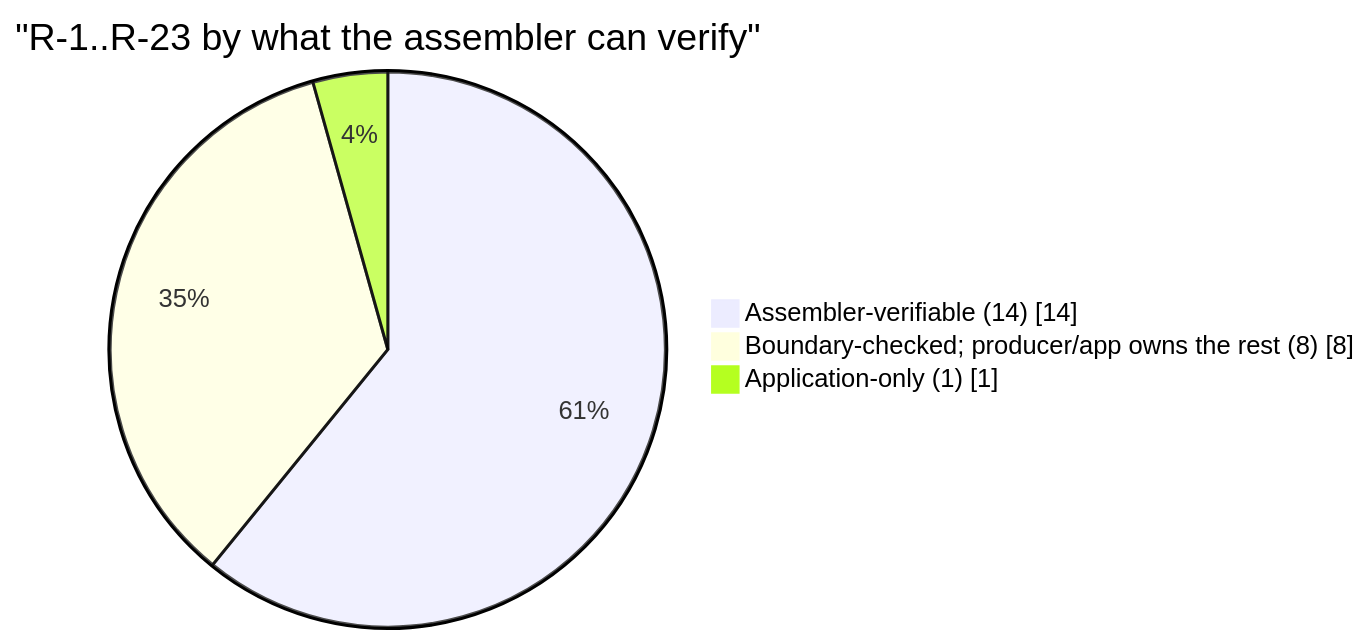
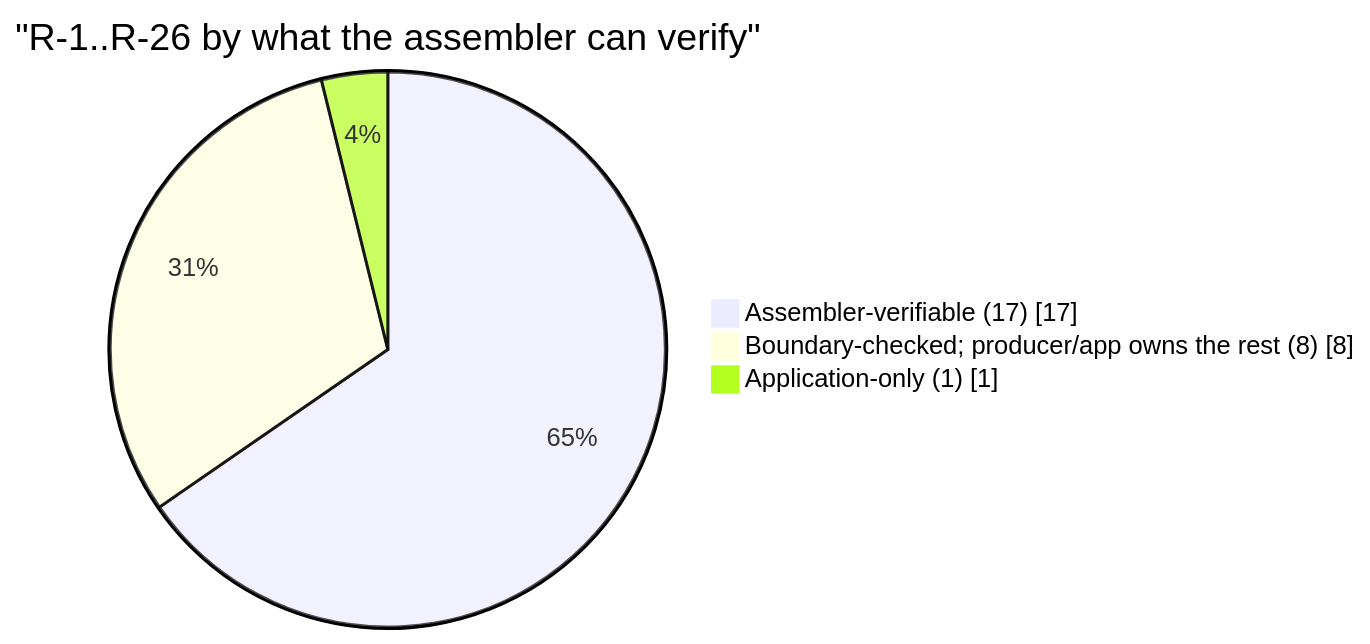
One commit to contextwindowarchitecture/assembler-python changed the first of 23 diagrams in docs/DESIGN.md. Above: the diagram before and after it, drawn with Mermaid. The commit also changed other lines of this file, not shown here.

Commit message:
docs(design): count R-24 to R-26 in the assembler's scope
Section 1.4 still described R-1 to R-23 with 14 assembler-verifiable
requirements. R-24, R-25 and R-26 are assembler-scoped, so the ceiling
is 17 implemented, 8 boundary-checked and 1 documented, as section 8
already says.

````diff
--- a/docs/DESIGN.md
+++ b/docs/DESIGN.md
@@ -52,6 +52,6 @@
 ```mermaid
-pie showData title "R-1..R-23 by what the assembler can verify"
-    "Assembler-verifiable (14)" : 14
+pie showData title "R-1..R-26 by what the assembler can verify"
+    "Assembler-verifiable (17)" : 17
     "Boundary-checked; producer/app owns the rest (8)" : 8
     "Application-only (1)" : 1
 ```
````
